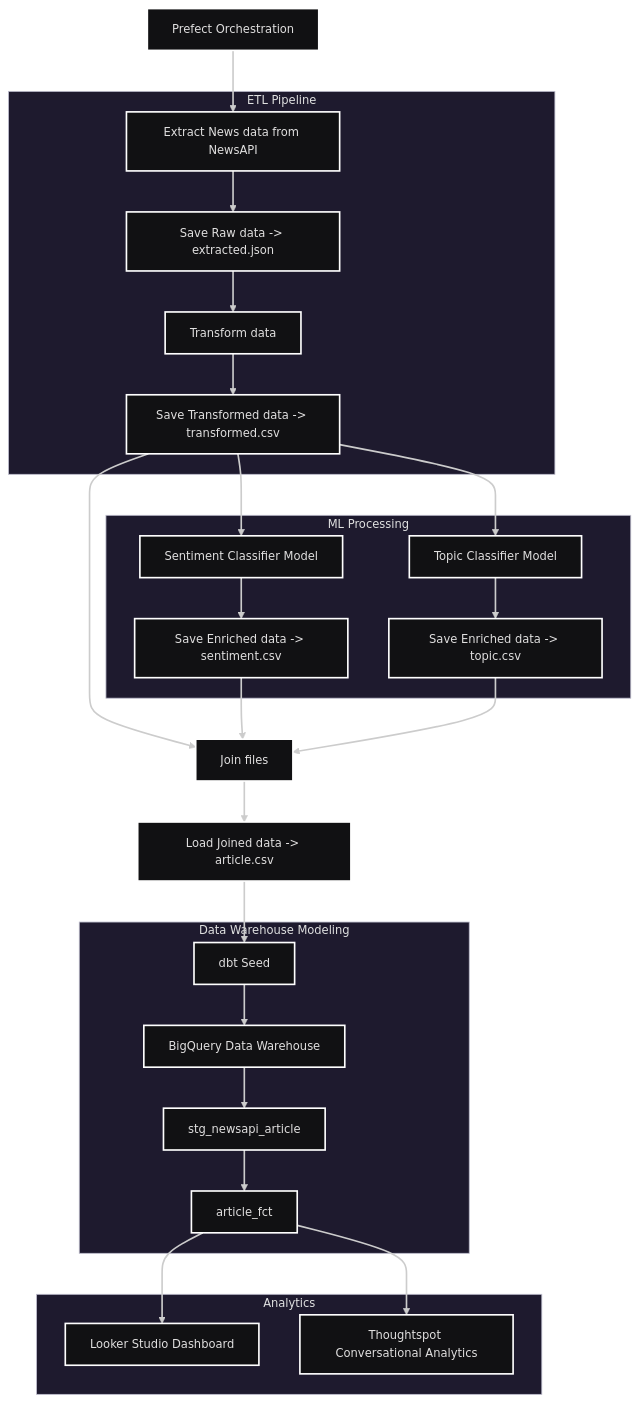
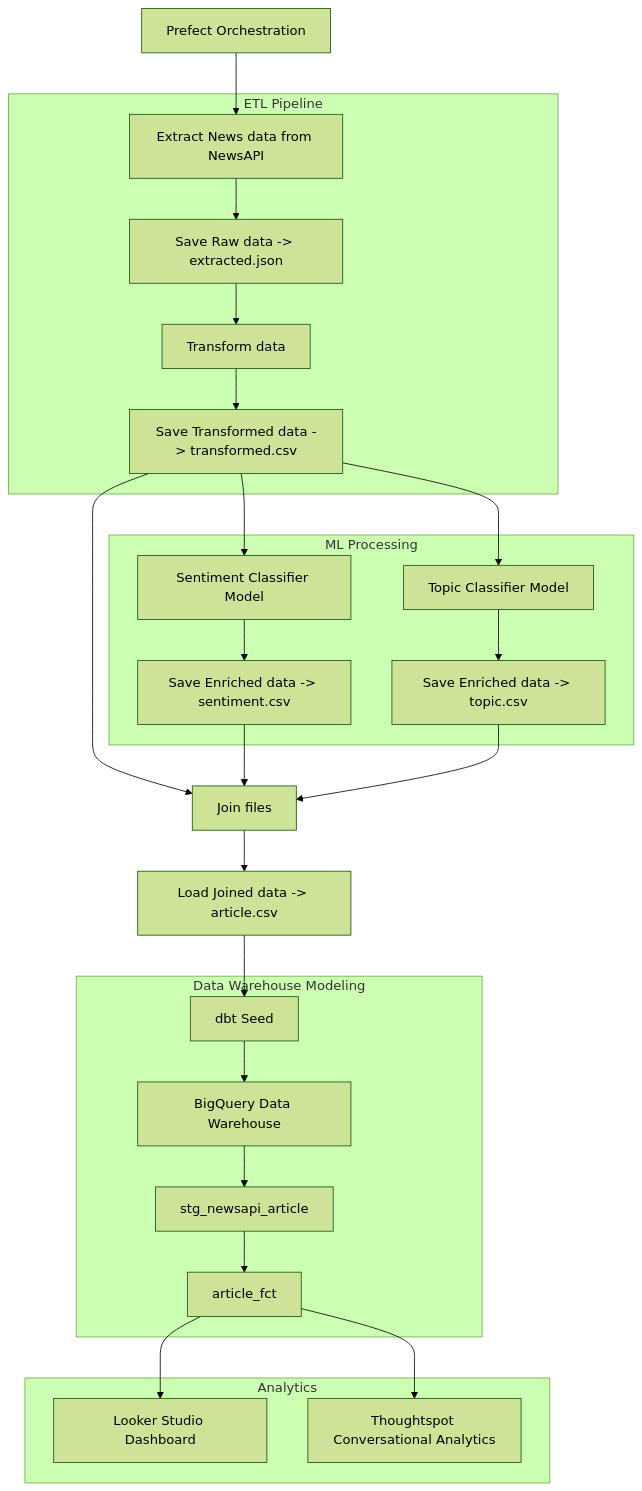
Before and after one commit to Ethan07914/AIEnhancedAnalytics: the second of 2 diagrams in README.md, drawn with Mermaid. The commit also changed other lines of this file, not shown here.

````diff
--- a/README.md
+++ b/README.md
@@ -19,45 +151,45 @@
 ```mermaid
 ---
 config:
-  theme: redux-dark
+  theme: forest
 ---
 flowchart TB
  subgraph subGraph0["ETL Pipeline"]
         B["Extract News data from NewsAPI"]
         C["Save Raw data -&gt; extracted.json"]
         D["Transform data"]
         E["Save Transformed data -> transformed.csv"]
   end
  subgraph subGraph1["ML Processing"]
         F["Sentiment Classifier Model"]
         G["Save Enriched data -> sentiment.csv"]
         H["Topic Classifier Model"]
         I["Save Enriched data -> topic.csv"]
   end
  subgraph subGraph2["Data Warehouse Modeling"]
         M["dbt Seed"]
         N["BigQuery Data Warehouse"]
         O["stg_newsapi_article"]
         P["article_fct"]
   end
  subgraph subGraph3["Analytics"]
         n2["Looker Studio Dashboard"]
         n4["Thoughtspot Conversational Analytics"]
   end
     A["Prefect Orchestration"] --> B
     B --> C
     C --> D
     D --> E
     E --> F & H & J["Join files"]
     F --> G
     H --> I
     G --> J
     I --> J
     J --> K["Load Joined data -&gt; article.csv"]
     M --> N
     N --> O
     O --> P
     P --> n2 & n4
     K --> M
 
 ```
````
